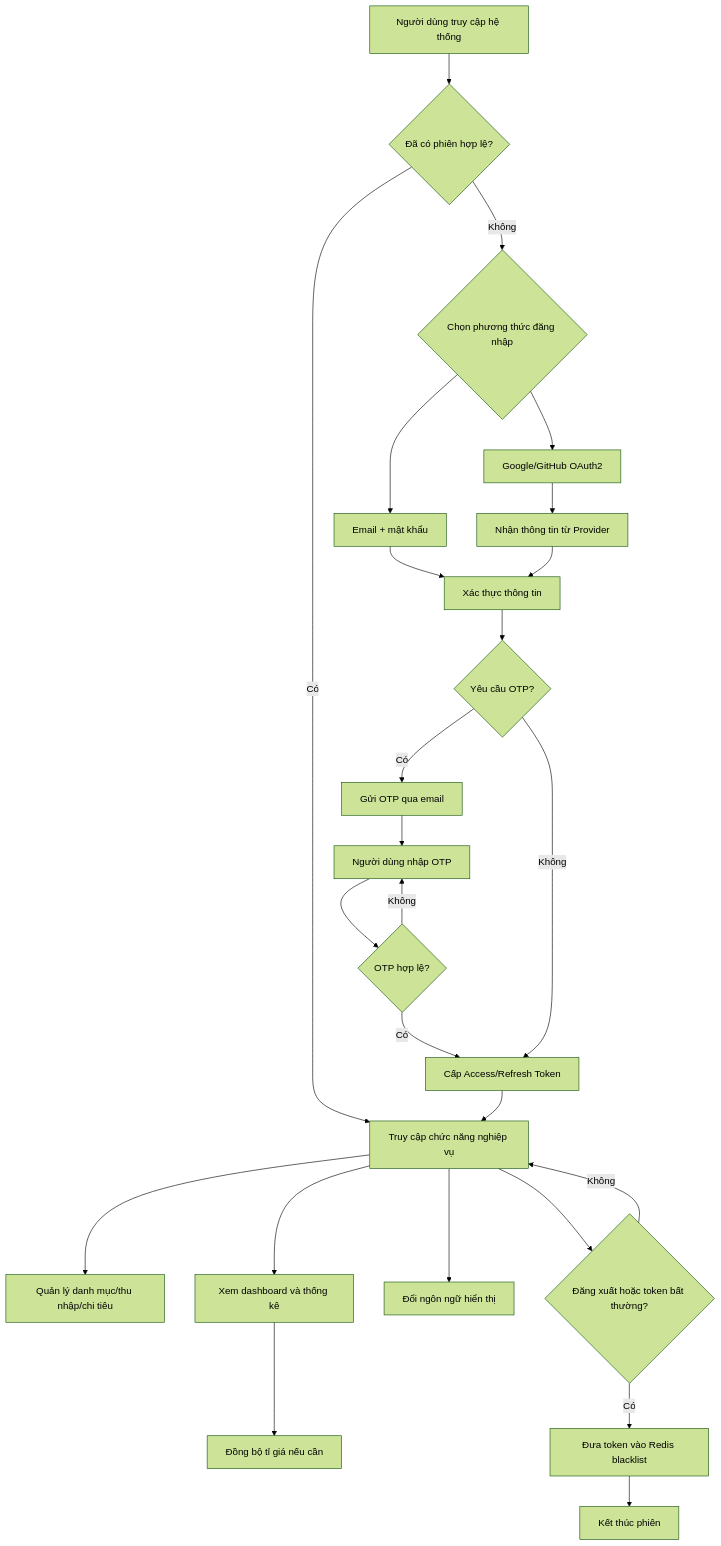
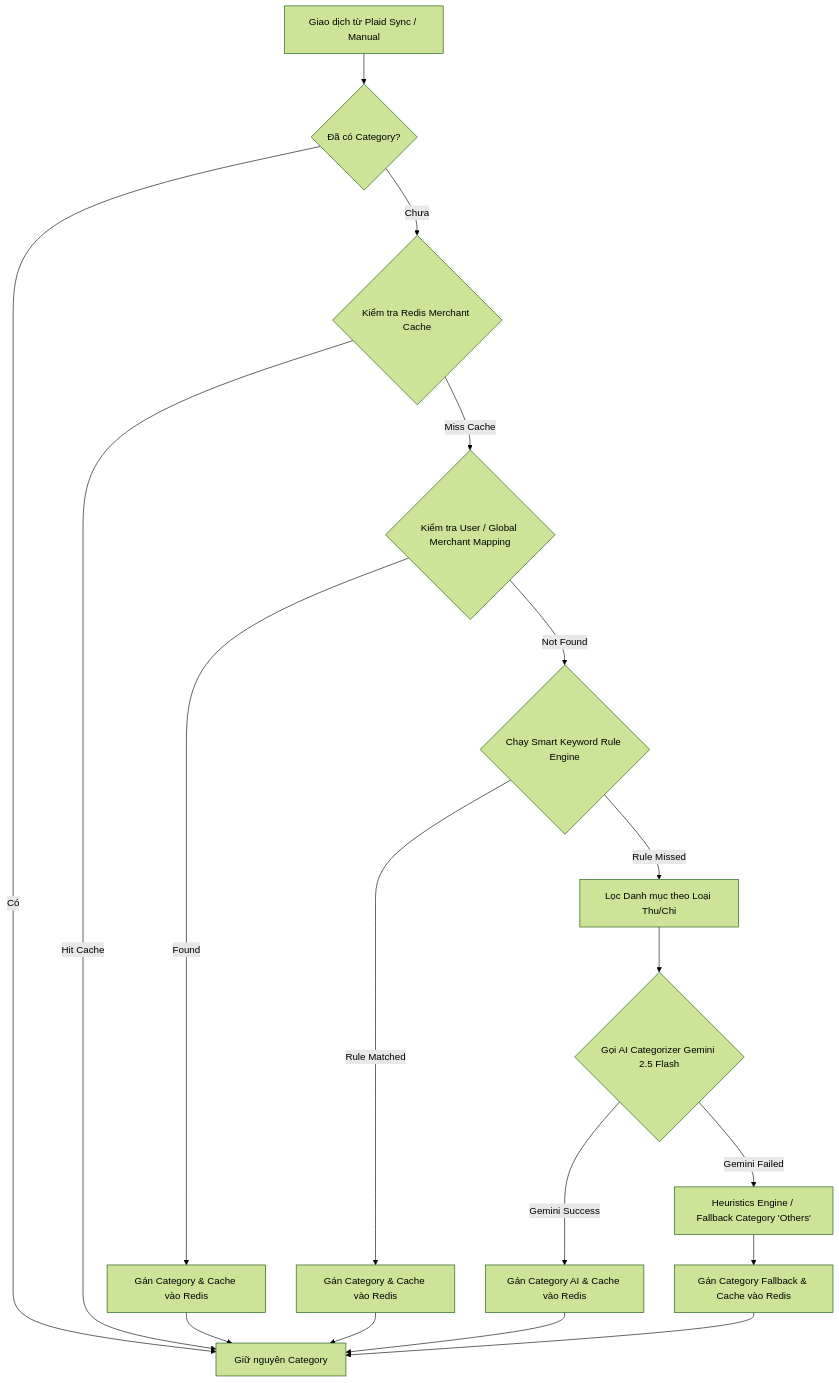
The first of 3 diagrams in docs/srs.md (HigaWateru/NguyenManhHung_personal-finance-management), drawn with Mermaid (forest theme) before and after one commit. The commit also changed other lines of this file and 41 other files, not shown here.

````diff
--- a/docs/srs.md
+++ b/docs/srs.md
@@ -295,29 +159,16 @@
 ```mermaid
 flowchart TD
-		A[Người dùng truy cập hệ thống] --> B{Đã có phiên hợp lệ?}
-		B -- Không --> C{Chọn phương thức đăng nhập}
-		C --> C1[Email + mật khẩu]
-		C --> C2[Google/GitHub OAuth2]
-		C1 --> D[Xác thực thông tin]
-		C2 --> E[Nhận thông tin từ Provider]
-		E --> D
-		D --> F{Yêu cầu OTP?}
-		F -- Có --> G[Gửi OTP qua email]
-		G --> H[Người dùng nhập OTP]
-		H --> I{OTP hợp lệ?}
-		I -- Không --> H
-		I -- Có --> J[Cấp Access/Refresh Token]
-		F -- Không --> J
-
-		B -- Có --> K[Truy cập chức năng nghiệp vụ]
-		J --> K
-		K --> L[Quản lý danh mục/thu nhập/chi tiêu]
-		K --> M[Xem dashboard và thống kê]
-		M --> N[Đồng bộ tỉ giá nếu cần]
-		K --> O[Đổi ngôn ngữ hiển thị]
-
-		K --> P{Đăng xuất hoặc token bất thường?}
-		P -- Có --> Q[Đưa token vào Redis blacklist]
-		Q --> R[Kết thúc phiên]
-		P -- Không --> K
+    A[Giao dịch từ Plaid Sync / Manual] --> B{Đã có Category?}
+    B -- Có --> Z[Giữ nguyên Category]
+    B -- Chưa --> C{Kiểm tra Redis Merchant Cache}
+    C -- Hit Cache --> Z
+    C -- Miss Cache --> D{Kiểm tra User / Global Merchant Mapping}
+    D -- Found --> E[Gán Category & Cache vào Redis] --> Z
+    D -- Not Found --> F{Chạy Smart Keyword Rule Engine}
+    F -- Rule Matched --> G[Gán Category & Cache vào Redis] --> Z
+    F -- Rule Missed --> H[Lọc Danh mục theo Loại Thu/Chi]
+    H --> I{Gọi AI Categorizer Gemini 2.5 Flash}
+    I -- Gemini Success --> J[Gán Category AI & Cache vào Redis] --> Z
+    I -- Gemini Failed --> K[Heuristics Engine / Fallback Category 'Others']
+    K --> L[Gán Category Fallback & Cache vào Redis] --> Z
 ```
````
